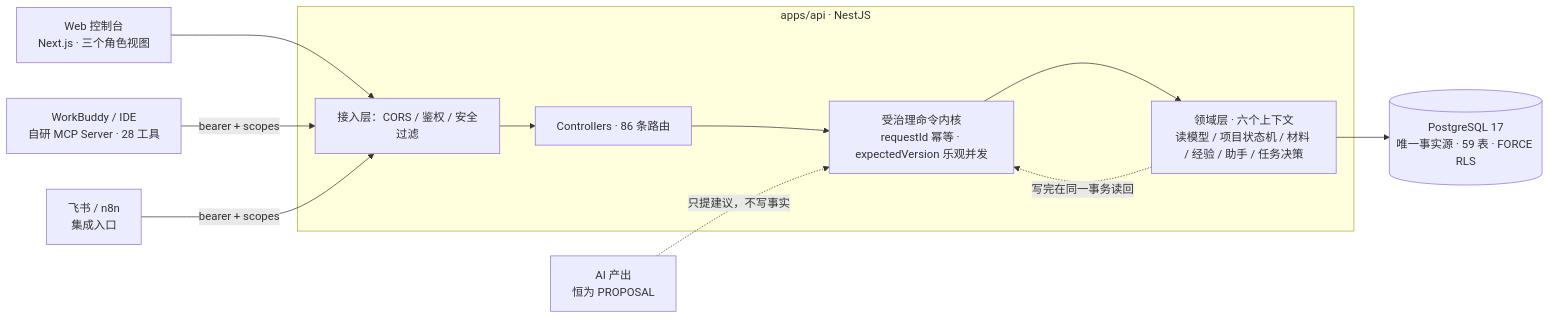
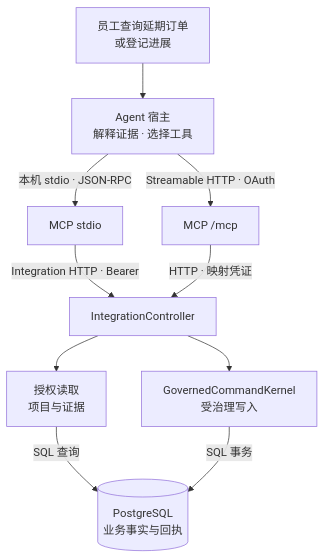
One commit to lqyq666/dingjiang-zhiji-2 changed the first of 2 diagrams in README.md. Above: the diagram before and after it, drawn with Mermaid. The commit also changed other lines of this file and 6 other files, not shown here.

````diff
--- a/README.md
+++ b/README.md
@@ -105,23 +10,12 @@
 ```mermaid
-flowchart LR
-  Web["Web 控制台<br/>Next.js · 三个角色视图"]
-  MCP["WorkBuddy / IDE<br/>自研 MCP Server · 28 工具"]
-  Ext["飞书 / n8n<br/>集成入口"]
-  AI["AI 产出<br/>恒为 PROPOSAL"]
-
-  subgraph API["apps/api · NestJS"]
-    Guard["接入层：CORS / 鉴权 / 安全过滤"]
-    Ctrl["Controllers · 86 条路由"]
-    Kernel["受治理命令内核<br/>requestId 幂等 · expectedVersion 乐观并发"]
-    Domain["领域层 · 六个上下文<br/>读模型 / 项目状态机 / 材料 / 经验 / 助手 / 任务决策"]
-  end
-
-  DB[("PostgreSQL 17<br/>唯一事实源 · 59 表 · FORCE RLS")]
-
-  Web --> Guard
-  MCP -->|"bearer + scopes"| Guard
-  Ext -->|"bearer + scopes"| Guard
-  Guard --> Ctrl --> Kernel --> Domain --> DB
-  Domain -.->|"写完在同一事务读回"| Kernel
-  AI -.->|"只提建议，不写事实"| Kernel
+flowchart TD
+  Need["员工查询延期订单<br/>或登记进展"] --> Host["Agent 宿主<br/>解释证据 · 选择工具"]
+  Host -->|"本机 stdio · JSON-RPC"| Local["MCP stdio"]
+  Host -->|"Streamable HTTP · OAuth"| Remote["MCP /mcp"]
+  Local -->|"Integration HTTP · Bearer"| API["IntegrationController"]
+  Remote -->|"HTTP · 映射凭证"| API
+  API --> Read["授权读取<br/>项目与证据"]
+  API --> Write["GovernedCommandKernel<br/>受治理写入"]
+  Read -->|"SQL 查询"| DB[("PostgreSQL<br/>业务事实与回执")]
+  Write -->|"SQL 事务"| DB
 ```
````
